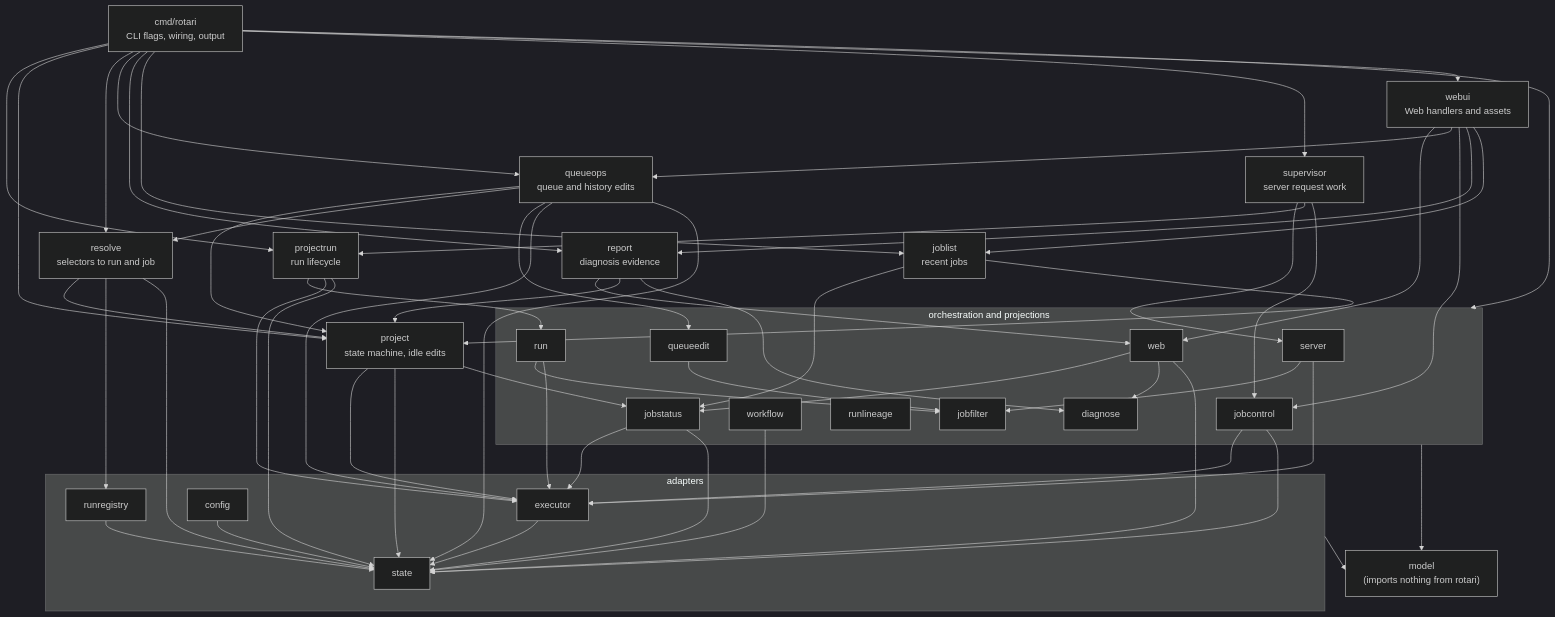
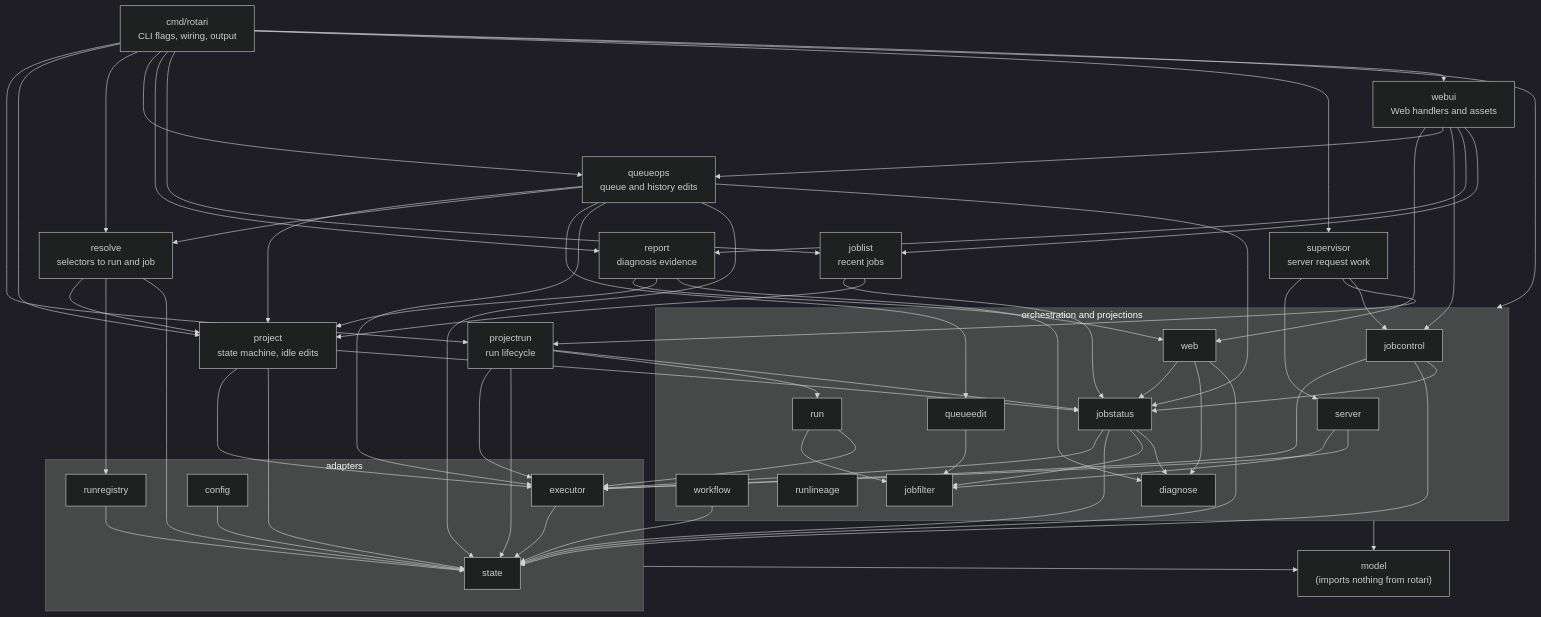
The second of 2 diagrams in docs/ARCHITECTURE.md (kamo-naoyuki/rotari), drawn with Mermaid (dark theme) before and after one commit. The commit also changed other lines of this file and 13 other files, not shown here.

```diff
--- a/docs/ARCHITECTURE.md
+++ b/docs/ARCHITECTURE.md
@@ -140,6 +140,7 @@
   queueops --> queueedit
   queueops --> executor
   queueops --> state
+  queueops --> jobstatus
   cmd --> report
   report --> web
   report --> project
@@ -171,15 +172,19 @@
   projectrun --> run
   projectrun --> executor
   projectrun --> state
+  projectrun --> jobstatus
   server --> executor
   run --> executor
   jobcontrol --> executor
   jobcontrol --> state
+  jobcontrol --> jobstatus
   web --> jobstatus
   web --> diagnose
   web --> state
   jobstatus --> executor
   jobstatus --> state
+  jobstatus --> jobfilter
+  jobstatus --> diagnose
   workflow --> state
   executor --> state
   runregistry --> state
```
